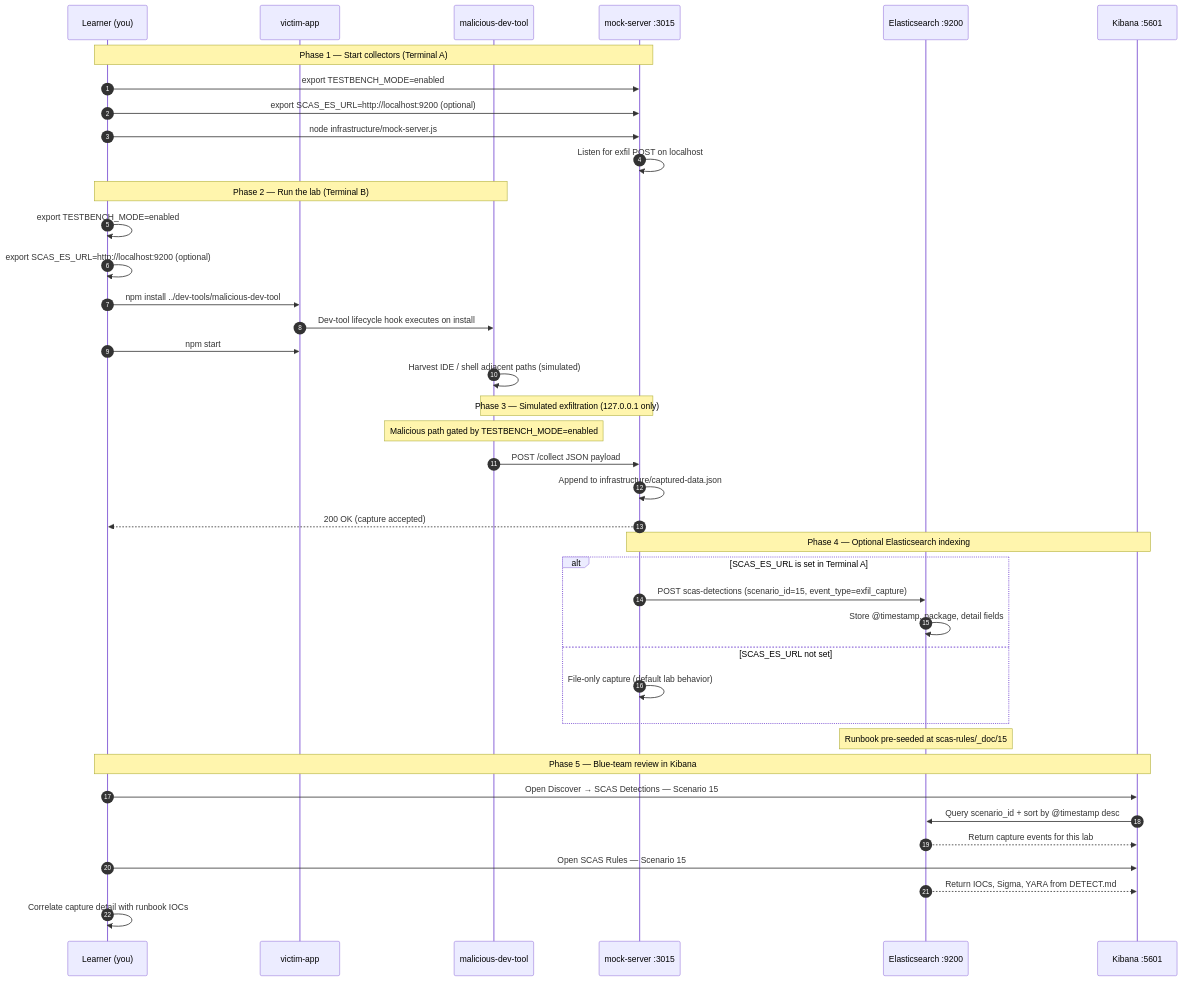
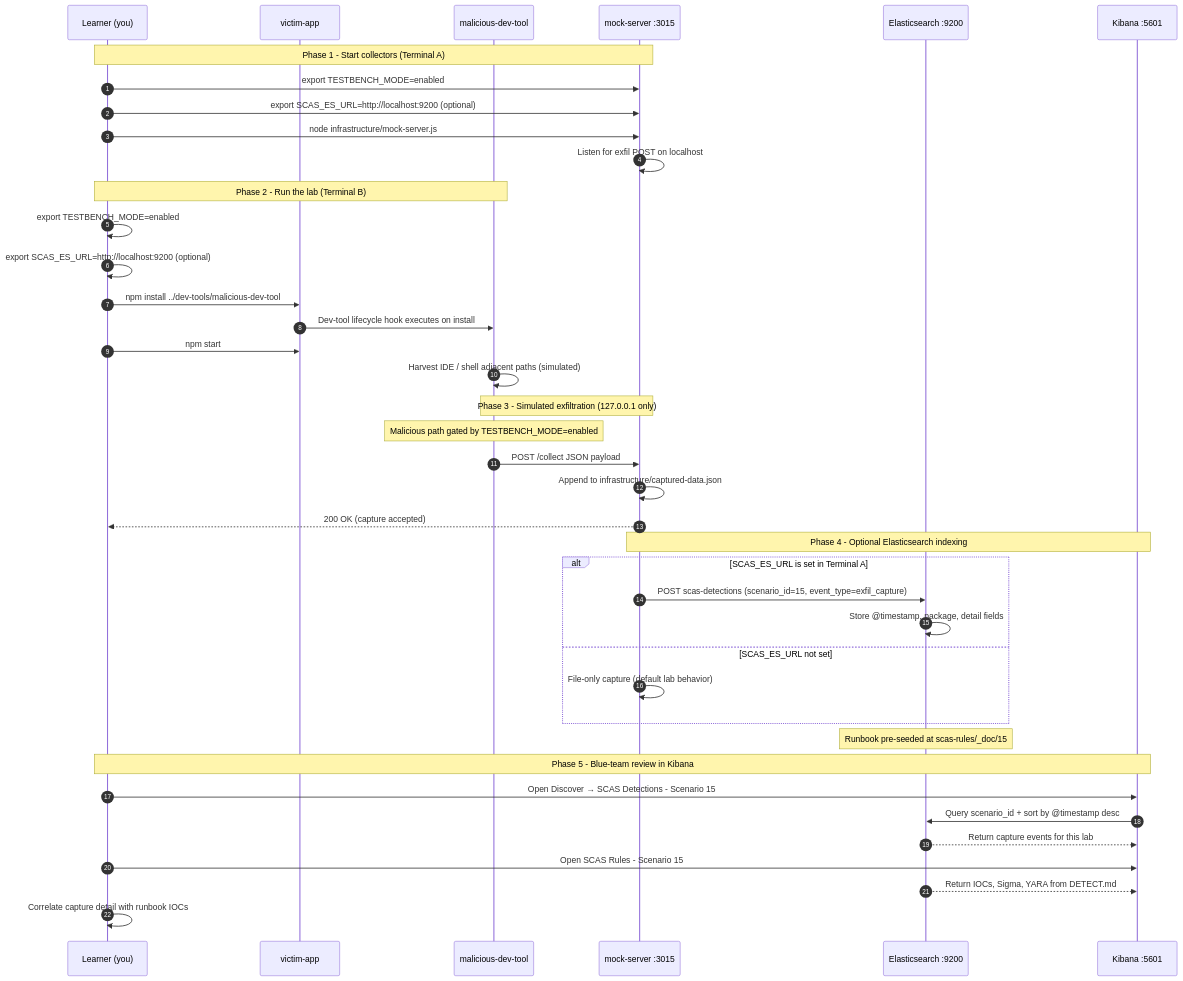
The diagram in documentation/scenario-guides/zero-to-hero/ZERO_TO_HERO_SCENARIO_15.md (RAJANAGORI/testbench), drawn with Mermaid before and after one commit. The commit also changed other lines of this file and 66 other files, not shown here.

````diff
--- a/documentation/scenario-guides/zero-to-hero/ZERO_TO_HERO_SCENARIO_15.md
+++ b/documentation/scenario-guides/zero-to-hero/ZERO_TO_HERO_SCENARIO_15.md
@@ -623,47 +623,47 @@
 ```mermaid
 sequenceDiagram
     autonumber
     participant Learner as Learner (you)
     participant Victim as victim-app
     participant MalPkg as malicious-dev-tool
     participant Mock as mock-server :3015
     participant ES as Elasticsearch :9200
     participant Kibana as Kibana :5601
 
-    Note over Learner,Mock: Phase 1 — Start collectors (Terminal A)
+    Note over Learner,Mock: Phase 1 - Start collectors (Terminal A)
     Learner->>Mock: export TESTBENCH_MODE=enabled
     Learner->>Mock: export SCAS_ES_URL=http://localhost:9200 (optional)
     Learner->>Mock: node infrastructure/mock-server.js
     Mock->>Mock: Listen for exfil POST on localhost
 
-    Note over Learner,MalPkg: Phase 2 — Run the lab (Terminal B)
+    Note over Learner,MalPkg: Phase 2 - Run the lab (Terminal B)
     Learner->>Learner: export TESTBENCH_MODE=enabled
     Learner->>Learner: export SCAS_ES_URL=http://localhost:9200 (optional)
     Learner->>Victim: npm install ../dev-tools/malicious-dev-tool
     Victim->>MalPkg: Dev-tool lifecycle hook executes on install
     Learner->>Victim: npm start
     MalPkg->>MalPkg: Harvest IDE / shell adjacent paths (simulated)
 
-    Note over MalPkg,Mock: Phase 3 — Simulated exfiltration (127.0.0.1 only)
+    Note over MalPkg,Mock: Phase 3 - Simulated exfiltration (127.0.0.1 only)
     Note over MalPkg: Malicious path gated by TESTBENCH_MODE=enabled
     MalPkg->>Mock: POST /collect JSON payload
     Mock->>Mock: Append to infrastructure/captured-data.json
     Mock-->>Learner: 200 OK (capture accepted)
 
-    Note over Mock,Kibana: Phase 4 — Optional Elasticsearch indexing
+    Note over Mock,Kibana: Phase 4 - Optional Elasticsearch indexing
     alt SCAS_ES_URL is set in Terminal A
     Mock->>ES: POST scas-detections (scenario_id=15, event_type=exfil_capture)
     ES->>ES: Store @timestamp, package, detail fields
     else SCAS_ES_URL not set
     Mock->>Mock: File-only capture (default lab behavior)
     end
 
     Note over ES: Runbook pre-seeded at scas-rules/_doc/15
-    Note over Learner,Kibana: Phase 5 — Blue-team review in Kibana
-    Learner->>Kibana: Open Discover → SCAS Detections — Scenario 15
+    Note over Learner,Kibana: Phase 5 - Blue-team review in Kibana
+    Learner->>Kibana: Open Discover → SCAS Detections - Scenario 15
     Kibana->>ES: Query scenario_id + sort by @timestamp desc
     ES-->>Kibana: Return capture events for this lab
-    Learner->>Kibana: Open SCAS Rules — Scenario 15
+    Learner->>Kibana: Open SCAS Rules - Scenario 15
     ES-->>Kibana: Return IOCs, Sigma, YARA from DETECT.md
     Learner->>Learner: Correlate capture detail with runbook IOCs
 ```
````
